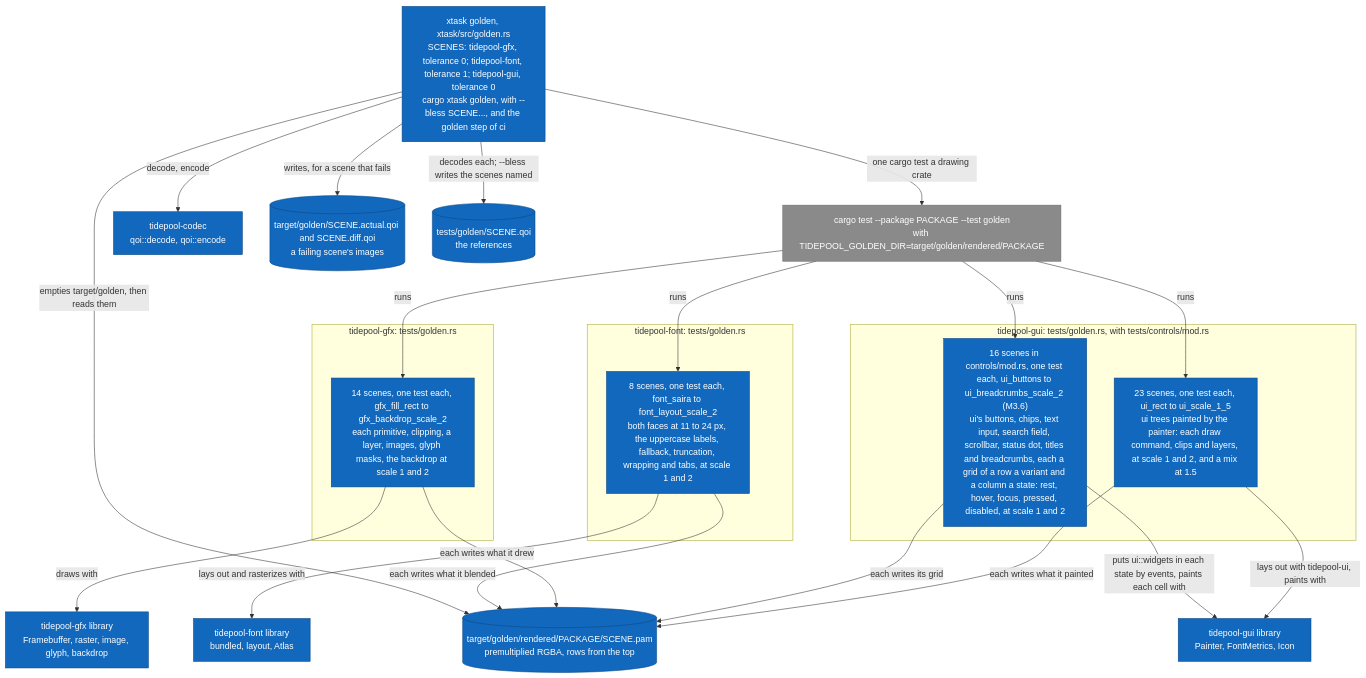
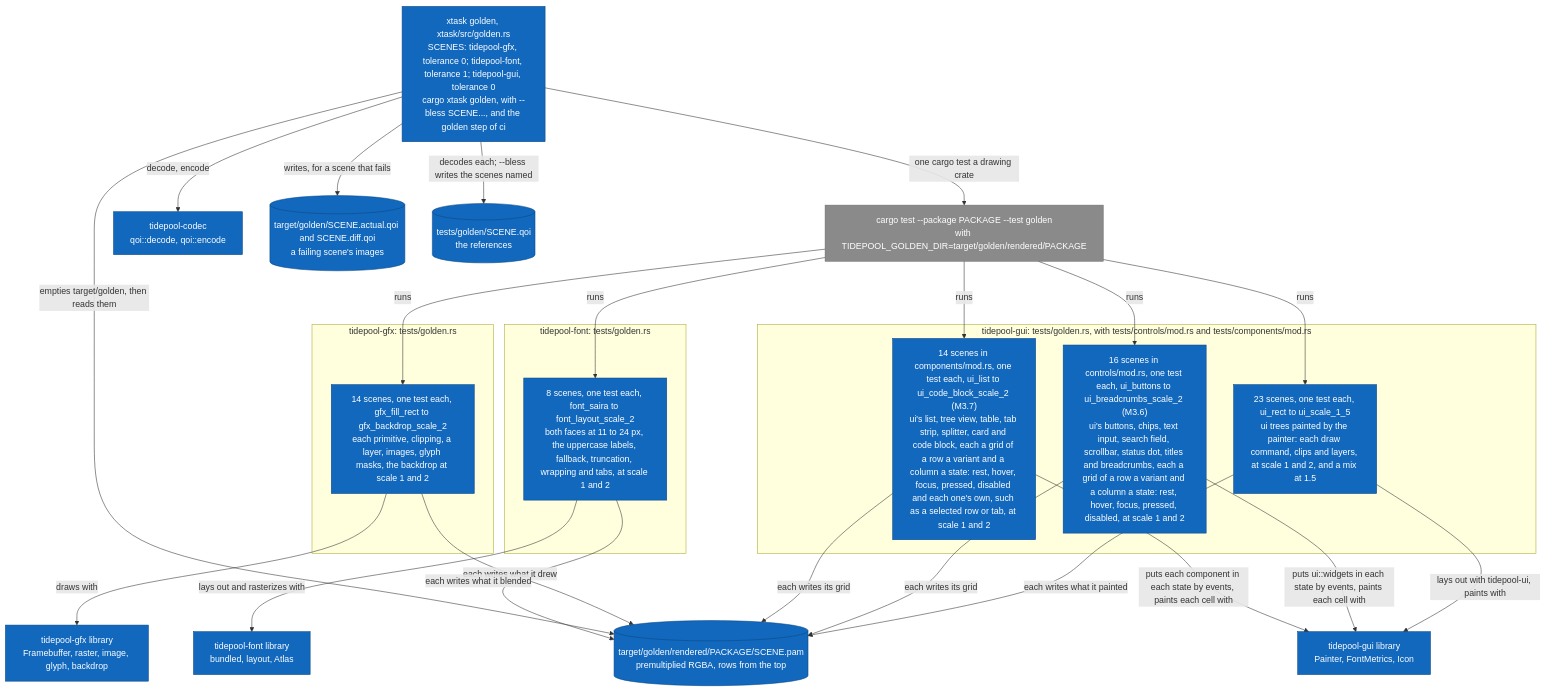
One commit to jabbott-iii/Tidepool changed diagram 17 of 17 in diagrams/c4-architecture.md. Above: the diagram before and after it, drawn with Mermaid. The commit also changed other lines of this file and 55 other files, not shown here.

First line of the commit message:
ui: collections, tab strip, splitter, card and code block (M3.7, ADR-0052)

````diff
--- a/diagrams/c4-architecture.md
+++ b/diagrams/c4-architecture.md
@@ -994,48 +997,52 @@
 ```mermaid
 flowchart TB
     c_golden["xtask golden, xtask/src/golden.rs<br/>SCENES: tidepool-gfx, tolerance 0; tidepool-font, tolerance 1; tidepool-gui, tolerance 0<br/>cargo xtask golden, with --bless SCENE..., and the golden step of ci"]
     e_cargo["cargo test --package PACKAGE --test golden<br/>with TIDEPOOL_GOLDEN_DIR=target/golden/rendered/PACKAGE"]
     subgraph b_gfx["tidepool-gfx: tests/golden.rs"]
         t_scenes["14 scenes, one test each, gfx_fill_rect to gfx_backdrop_scale_2<br/>each primitive, clipping, a layer, images, glyph masks, the backdrop at scale 1 and 2"]
     end
     subgraph b_font["tidepool-font: tests/golden.rs"]
         t_font["8 scenes, one test each, font_saira to font_layout_scale_2<br/>both faces at 11 to 24 px, the uppercase labels, fallback, truncation, wrapping and tabs, at scale 1 and 2"]
     end
     k_font["tidepool-font library<br/>bundled, layout, Atlas"]
-    subgraph b_gui["tidepool-gui: tests/golden.rs, with tests/controls/mod.rs"]
+    subgraph b_gui["tidepool-gui: tests/golden.rs, with tests/controls/mod.rs and tests/components/mod.rs"]
         t_ui["23 scenes, one test each, ui_rect to ui_scale_1_5<br/>ui trees painted by the painter: each draw command, clips and layers, at scale 1 and 2, and a mix at 1.5"]
         t_controls["16 scenes in controls/mod.rs, one test each, ui_buttons to ui_breadcrumbs_scale_2 (M3.6)<br/>ui's buttons, chips, text input, search field, scrollbar, status dot, titles and breadcrumbs, each a grid of a row a variant and a column a state: rest, hover, focus, pressed, disabled, at scale 1 and 2"]
+        t_components["14 scenes in components/mod.rs, one test each, ui_list to ui_code_block_scale_2 (M3.7)<br/>ui's list, tree view, table, tab strip, splitter, card and code block, each a grid of a row a variant and a column a state: rest, hover, focus, pressed, disabled and each one's own, such as a selected row or tab, at scale 1 and 2"]
     end
     k_gui["tidepool-gui library<br/>Painter, FontMetrics, Icon"]
     k_gfx["tidepool-gfx library<br/>Framebuffer, raster, image, glyph, backdrop"]
     k_codec["tidepool-codec<br/>qoi::decode, qoi::encode"]
     s_rendered[("target/golden/rendered/PACKAGE/SCENE.pam<br/>premultiplied RGBA, rows from the top")]
     s_images[("target/golden/SCENE.actual.qoi and SCENE.diff.qoi<br/>a failing scene's images")]
     s_refs[("tests/golden/SCENE.qoi<br/>the references")]
 
     c_golden -->|"one cargo test a drawing crate"| e_cargo
     e_cargo -->|"runs"| t_scenes
     e_cargo -->|"runs"| t_font
     e_cargo -->|"runs"| t_ui
     e_cargo -->|"runs"| t_controls
+    e_cargo -->|"runs"| t_components
     t_ui -->|"lays out with tidepool-ui, paints with"| k_gui
     t_ui -->|"each writes what it painted"| s_rendered
     t_controls -->|"puts ui::widgets in each state by events, paints each cell with"| k_gui
     t_controls -->|"each writes its grid"| s_rendered
+    t_components -->|"puts each component in each state by events, paints each cell with"| k_gui
+    t_components -->|"each writes its grid"| s_rendered
     t_scenes -->|"draws with"| k_gfx
     t_scenes -->|"each writes what it drew"| s_rendered
     t_font -->|"lays out and rasterizes with"| k_font
     t_font -->|"each writes what it blended"| s_rendered
     c_golden -->|"empties target/golden, then reads them"| s_rendered
     c_golden -->|"decodes each; --bless writes the scenes named"| s_refs
     c_golden -->|"writes, for a scene that fails"| s_images
     c_golden -->|"decode, encode"| k_codec
 
     classDef built fill:#1168bd,stroke:#0b4884,color:#ffffff
     classDef external fill:#8a8a8a,stroke:#6b6b6b,color:#ffffff
     classDef planned fill:#ffffff,stroke:#888888,stroke-dasharray: 5 5,color:#555555
     classDef store fill:#1168bd,stroke:#0b4884,color:#ffffff
-    class c_golden,t_scenes,t_font,t_ui,t_controls,k_gfx,k_font,k_gui,k_codec built
+    class c_golden,t_scenes,t_font,t_ui,t_controls,t_components,k_gfx,k_font,k_gui,k_codec built
     class s_rendered,s_images,s_refs store
     class e_cargo external
 ```
````
